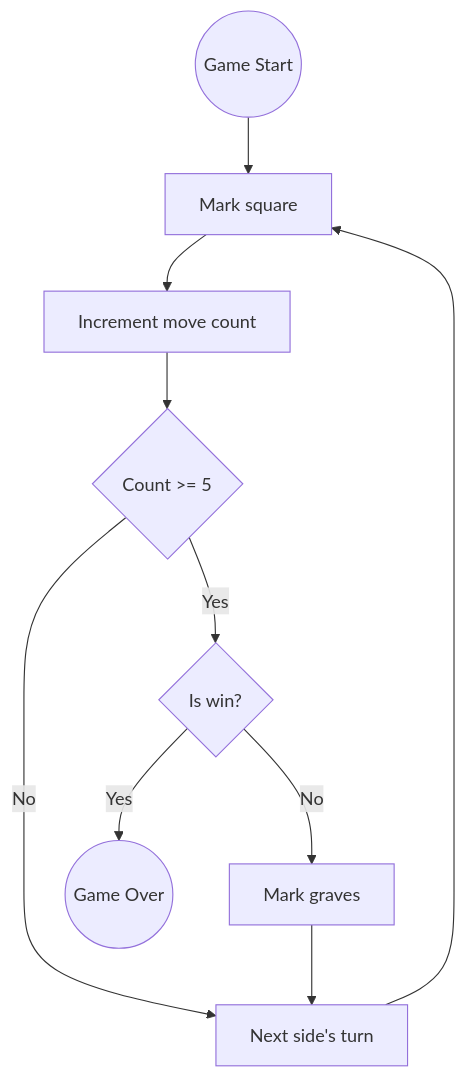
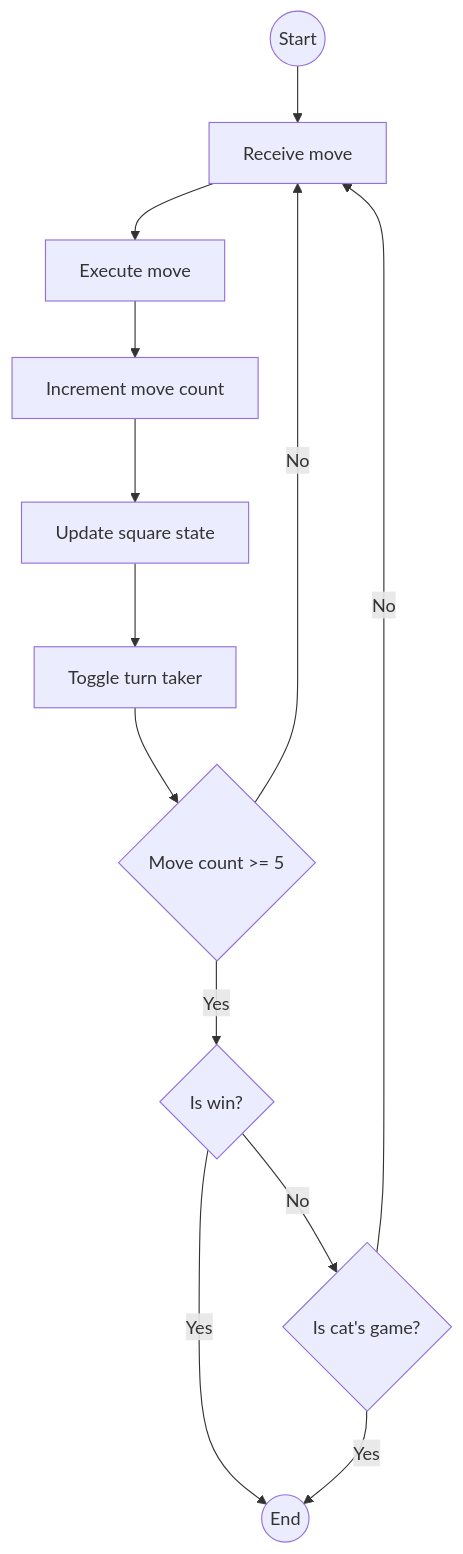
The diagram in README.md (mharrisb1/bit-tac-toe), drawn with Mermaid before and after one commit. The commit also changed other lines of this file, not shown here.

````diff
--- a/README.md
+++ b/README.md
@@ -103,23 +111,27 @@
 ```mermaid
 flowchart TD
-    Y((Game Start))
-    A[Next side's turn]
-    B[Mark square]
-    C[Increment move count]
-    D{Count >= 5}
-    E{Is win?}
-    F[Mark graves]
-    Z((Game Over))
+    A((Start))
+    B[Receive move]
+    C[Execute move]
 
-    Y --> B
+    D[Increment move count]
+    E[Update square state]
+    F[Toggle turn taker]
 
-    A --> B --> C --> D
+    G{Move count >= 5}
+    H{Is win?}
+    I{Is cat's game?}
 
-    D -- No --> A
-    D -- Yes --> E
+    Z((End))
 
-    E -- Yes --> Z
-    E -- No --> F
+    A --> B --> C --> D --> E --> F --> G
 
-    F --> A
+    G -- Yes --> H
+    G -- No --> B
+
+    H -- Yes --> Z
+    H -- No --> I
+
+    I -- Yes --> Z
+    I -- No --> B
 ```
````
